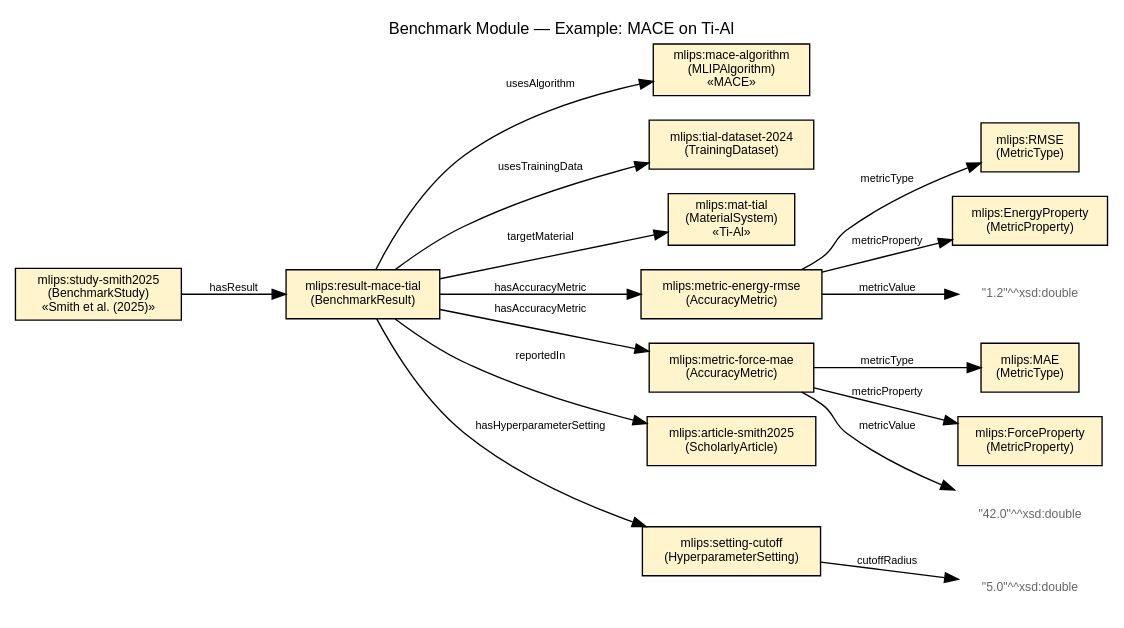
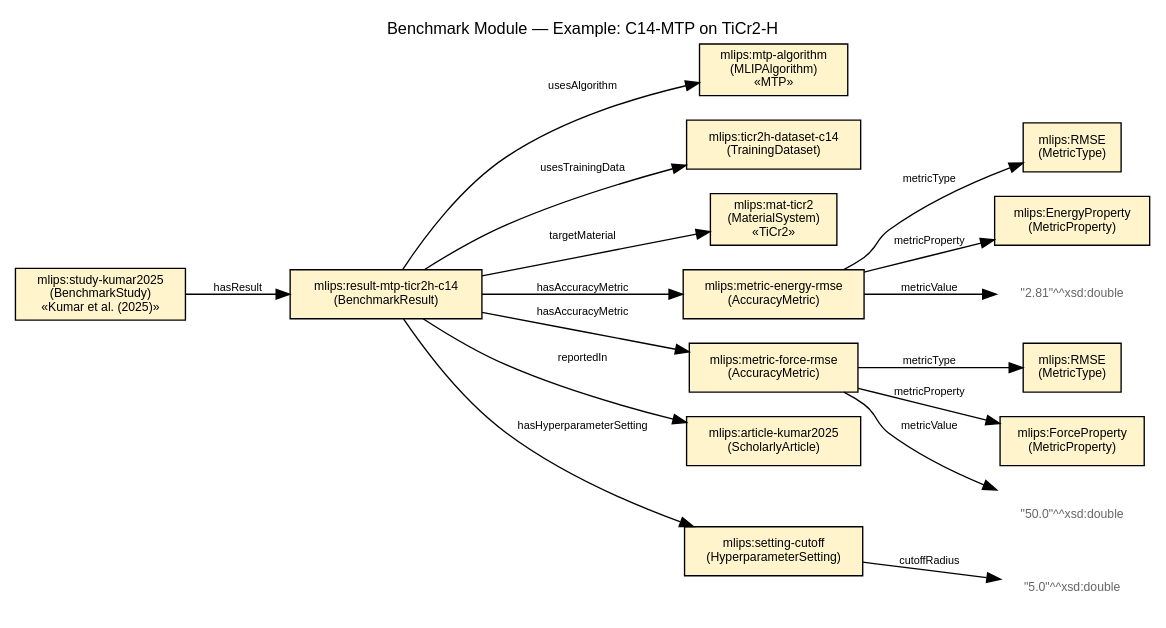
One commit to danielhz/mlips-ontology changed the diagram in artifacts/figures/mlips-benchmark-example.dot. Above: the diagram before and after it, drawn with Graphviz. The commit also changed 36 other files, not shown here.

First line of the commit message:
Replace fictional Smith 2025 with Kumar et al. 2025 (Jong 4.10)

```diff
--- a/artifacts/figures/mlips-benchmark-example.dot
+++ b/artifacts/figures/mlips-benchmark-example.dot
@@ -1,41 +1,41 @@
 digraph mlips_benchmark_example {
 rankdir=LR;
 fontname="Helvetica";
 fontsize=10;
 node [fontname="Helvetica", fontsize=9];
 edge [fontname="Helvetica", fontsize=8];
 
-  label="Benchmark Module — Example: MACE on Ti-Al";
+  label="Benchmark Module — Example: C14-MTP on TiCr2-H";
   labelloc=t; fontsize=12;
-  study [label="mlips:study-smith2025\n(BenchmarkStudy)\n«Smith et al. (2025)»", shape=box, style="filled", fillcolor="#fff4cc"];
-  result [label="mlips:result-mace-tial\n(BenchmarkResult)", shape=box, style="filled", fillcolor="#fff4cc"];
-  algo [label="mlips:mace-algorithm\n(MLIPAlgorithm)\n«MACE»", shape=box, style="filled", fillcolor="#fff4cc"];
-  ds [label="mlips:tial-dataset-2024\n(TrainingDataset)", shape=box, style="filled", fillcolor="#fff4cc"];
-  mat [label="mlips:mat-tial\n(MaterialSystem)\n«Ti-Al»", shape=box, style="filled", fillcolor="#fff4cc"];
+  study [label="mlips:study-kumar2025\n(BenchmarkStudy)\n«Kumar et al. (2025)»", shape=box, style="filled", fillcolor="#fff4cc"];
+  result [label="mlips:result-mtp-ticr2h-c14\n(BenchmarkResult)", shape=box, style="filled", fillcolor="#fff4cc"];
+  algo [label="mlips:mtp-algorithm\n(MLIPAlgorithm)\n«MTP»", shape=box, style="filled", fillcolor="#fff4cc"];
+  ds [label="mlips:ticr2h-dataset-c14\n(TrainingDataset)", shape=box, style="filled", fillcolor="#fff4cc"];
+  mat [label="mlips:mat-ticr2\n(MaterialSystem)\n«TiCr2»", shape=box, style="filled", fillcolor="#fff4cc"];
   metric_e [label="mlips:metric-energy-rmse\n(AccuracyMetric)", shape=box, style="filled", fillcolor="#fff4cc"];
-  metric_f [label="mlips:metric-force-mae\n(AccuracyMetric)", shape=box, style="filled", fillcolor="#fff4cc"];
+  metric_f [label="mlips:metric-force-rmse\n(AccuracyMetric)", shape=box, style="filled", fillcolor="#fff4cc"];
   mt_rmse [label="mlips:RMSE\n(MetricType)", shape=box, style="filled", fillcolor="#fff4cc"];
-  mt_mae [label="mlips:MAE\n(MetricType)", shape=box, style="filled", fillcolor="#fff4cc"];
+  mt_rmse_f [label="mlips:RMSE\n(MetricType)", shape=box, style="filled", fillcolor="#fff4cc"];
   mp_energy [label="mlips:EnergyProperty\n(MetricProperty)", shape=box, style="filled", fillcolor="#fff4cc"];
   mp_force [label="mlips:ForceProperty\n(MetricProperty)", shape=box, style="filled", fillcolor="#fff4cc"];
-  article [label="mlips:article-smith2025\n(ScholarlyArticle)", shape=box, style="filled", fillcolor="#fff4cc"];
+  article [label="mlips:article-kumar2025\n(ScholarlyArticle)", shape=box, style="filled", fillcolor="#fff4cc"];
   setting_c [label="mlips:setting-cutoff\n(HyperparameterSetting)", shape=box, style="filled", fillcolor="#fff4cc"];
-  l_val_e [label="\"1.2\"^^xsd:double", shape=plaintext, fontcolor="#666666"];
-  l_val_f [label="\"42.0\"^^xsd:double", shape=plaintext, fontcolor="#666666"];
+  l_val_e [label="\"2.81\"^^xsd:double", shape=plaintext, fontcolor="#666666"];
+  l_val_f [label="\"50.0\"^^xsd:double", shape=plaintext, fontcolor="#666666"];
   l_cutoff [label="\"5.0\"^^xsd:double", shape=plaintext, fontcolor="#666666"];
   study -> result [label="hasResult"];
   result -> algo [label="usesAlgorithm"];
   result -> ds [label="usesTrainingData"];
   result -> mat [label="targetMaterial"];
   result -> metric_e [label="hasAccuracyMetric"];
   result -> metric_f [label="hasAccuracyMetric"];
   result -> setting_c [label="hasHyperparameterSetting"];
   result -> article [label="reportedIn"];
   metric_e -> mt_rmse [label="metricType"];
   metric_e -> mp_energy [label="metricProperty"];
   metric_e -> l_val_e [label="metricValue"];
-  metric_f -> mt_mae [label="metricType"];
+  metric_f -> mt_rmse_f [label="metricType"];
   metric_f -> mp_force [label="metricProperty"];
   metric_f -> l_val_f [label="metricValue"];
   setting_c -> l_cutoff [label="cutoffRadius"];
 }
```
